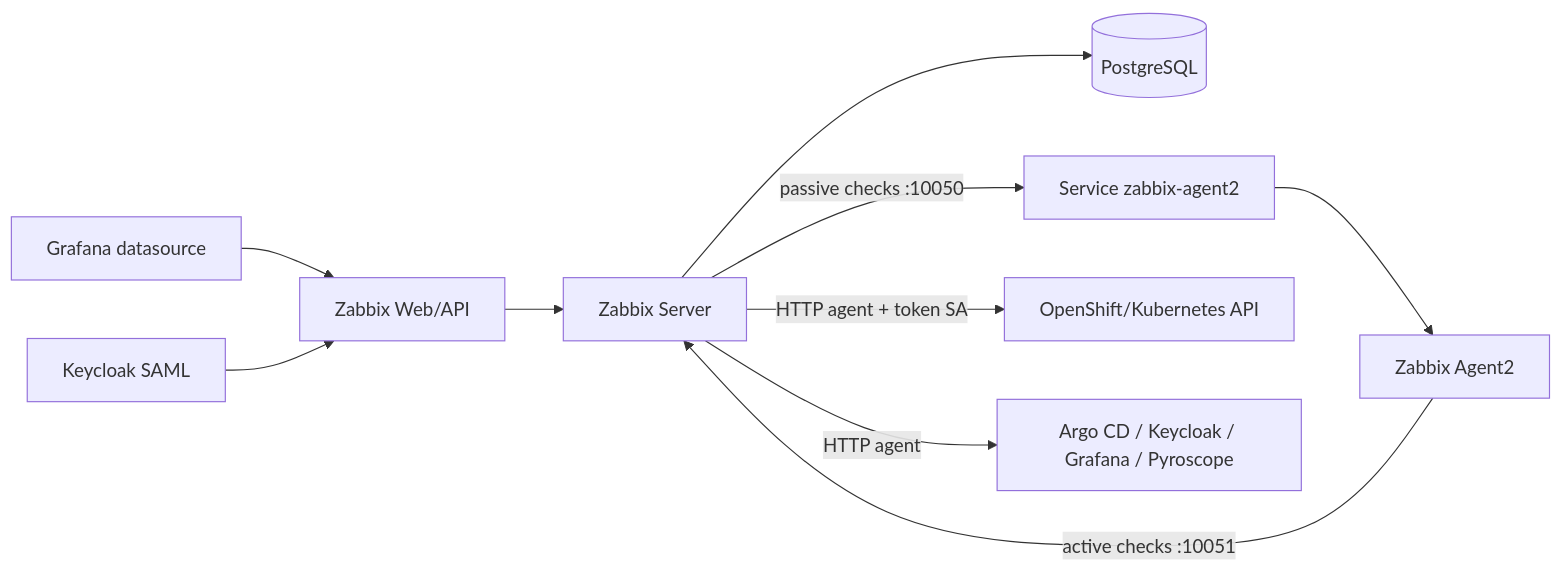
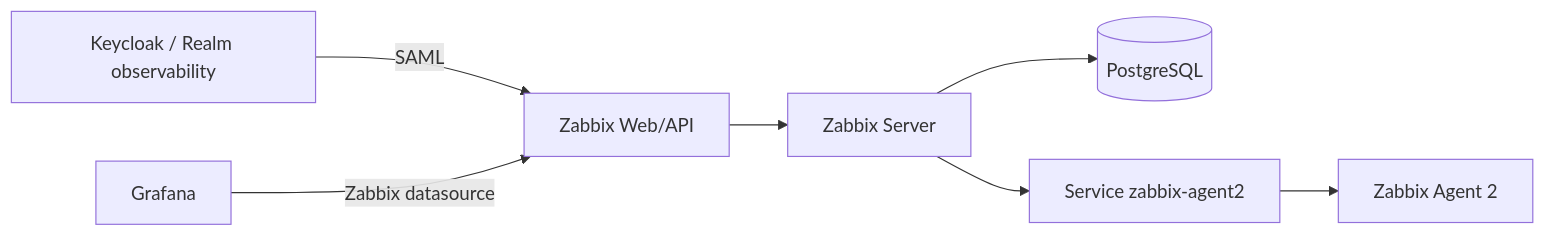
One commit to thiagobotelho/zabbix-gitops changed the diagram in README.md. Above: the diagram before and after it, drawn with Mermaid. The commit also changed other lines of this file and 5 other files, not shown here.

Commit message:
Limit bootstrap to SAML and datasource auth

````diff
--- a/README.md
+++ b/README.md
@@ -10,12 +9,9 @@
 ```mermaid
 flowchart LR
-    Web[Zabbix Web/API] --> Server[Zabbix Server]
+    Keycloak[Keycloak / Realm observability] -->|SAML| Web[Zabbix Web/API]
+    Grafana[Grafana] -->|Zabbix datasource| Web
+    Web --> Server[Zabbix Server]
     Server --> DB[(PostgreSQL)]
-    Server -->|passive checks :10050| AgentSvc[Service zabbix-agent2]
-    Agent[Zabbix Agent2] -->|active checks :10051| Server
-    AgentSvc --> Agent
-    Grafana[Grafana datasource] --> Web
-    Keycloak[Keycloak SAML] --> Web
-    Server -->|HTTP agent + token SA| KubeAPI[OpenShift/Kubernetes API]
-    Server -->|HTTP agent| Obs[Argo CD / Keycloak / Grafana / Pyroscope]
+    Server --> AgentSvc[Service zabbix-agent2]
+    AgentSvc --> Agent[Zabbix Agent 2]
 ```
````
